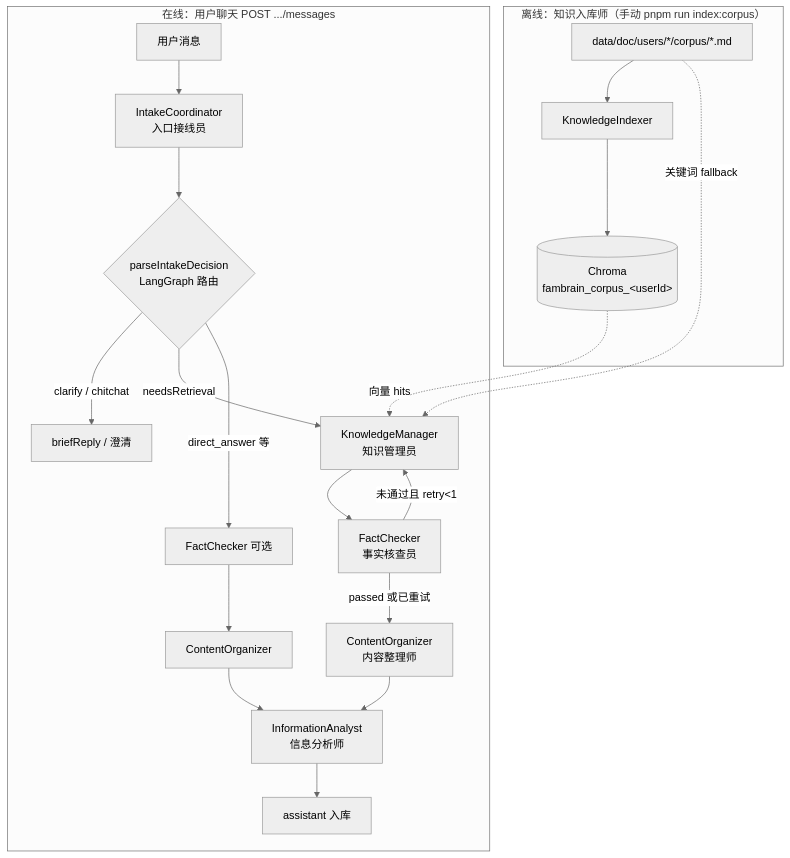
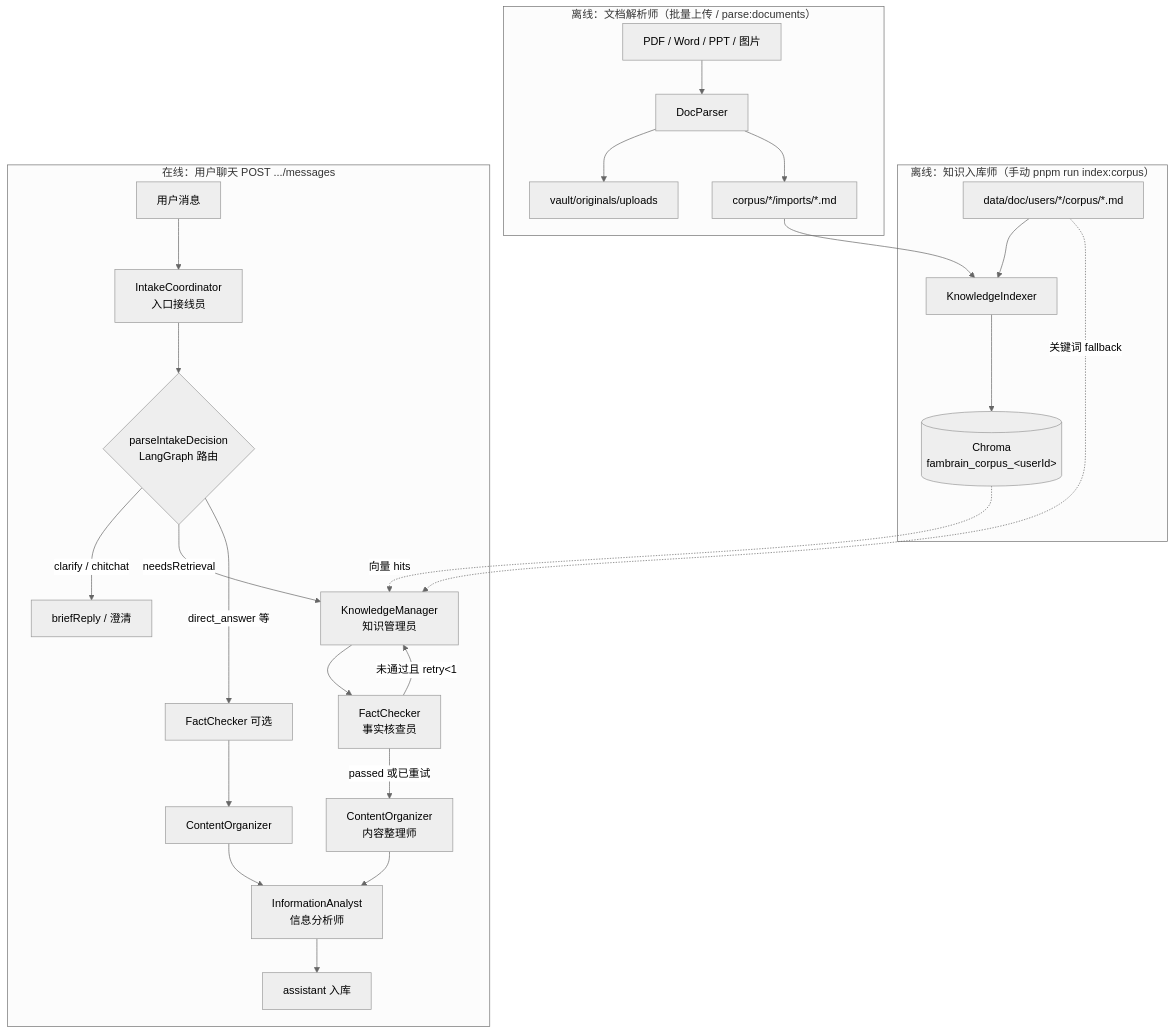
The first of 9 diagrams in docs/02-agent-flows.md (panzhanfei/fambrain-agents), drawn with Mermaid (neutral theme) before and after one commit. The commit also changed other lines of this file and 22 other files, not shown here.

````diff
--- a/docs/02-agent-flows.md
+++ b/docs/02-agent-flows.md
@@ -21,25 +21,36 @@
 ```mermaid
 flowchart TB
   subgraph offline ["离线：知识入库师（手动 pnpm run index:corpus）"]
     MD["data/doc/users/*/corpus/*.md"]
     KI["KnowledgeIndexer"]
     CH[("Chroma<br/>fambrain_corpus_&lt;userId&gt;")]
     MD --> KI --> CH
+  end
+
+  subgraph ingest ["离线：文档解析师（批量上传 / parse:documents）"]
+    UP["PDF / Word / PPT / 图片"]
+    DP["DocParser"]
+    VAULT["vault/originals/uploads"]
+    IMP["corpus/*/imports/*.md"]
+    UP --> DP
+    DP --> VAULT
+    DP --> IMP
+    IMP --> KI
   end
 
   subgraph online ["在线：用户聊天 POST .../messages"]
     U[用户消息] --> IC[IntakeCoordinator<br/>入口接线员]
     IC --> P{parseIntakeDecision<br/>LangGraph 路由}
     P -->|clarify / chitchat| R1[briefReply / 澄清]
     P -->|needsRetrieval| KM[KnowledgeManager<br/>知识管理员]
     KM --> FC[FactChecker<br/>事实核查员]
     FC -->|passed 或已重试| CO[ContentOrganizer<br/>内容整理师]
     FC -->|未通过且 retry&lt;1| KM
     CO --> IA[InformationAnalyst<br/>信息分析师]
     P -->|direct_answer 等| FC2[FactChecker 可选] --> CO2[ContentOrganizer] --> IA
     IA --> OUT[assistant 入库]
   end
 
   CH -.->|向量 hits| KM
   MD -.->|关键词 fallback| KM
 ```
````
